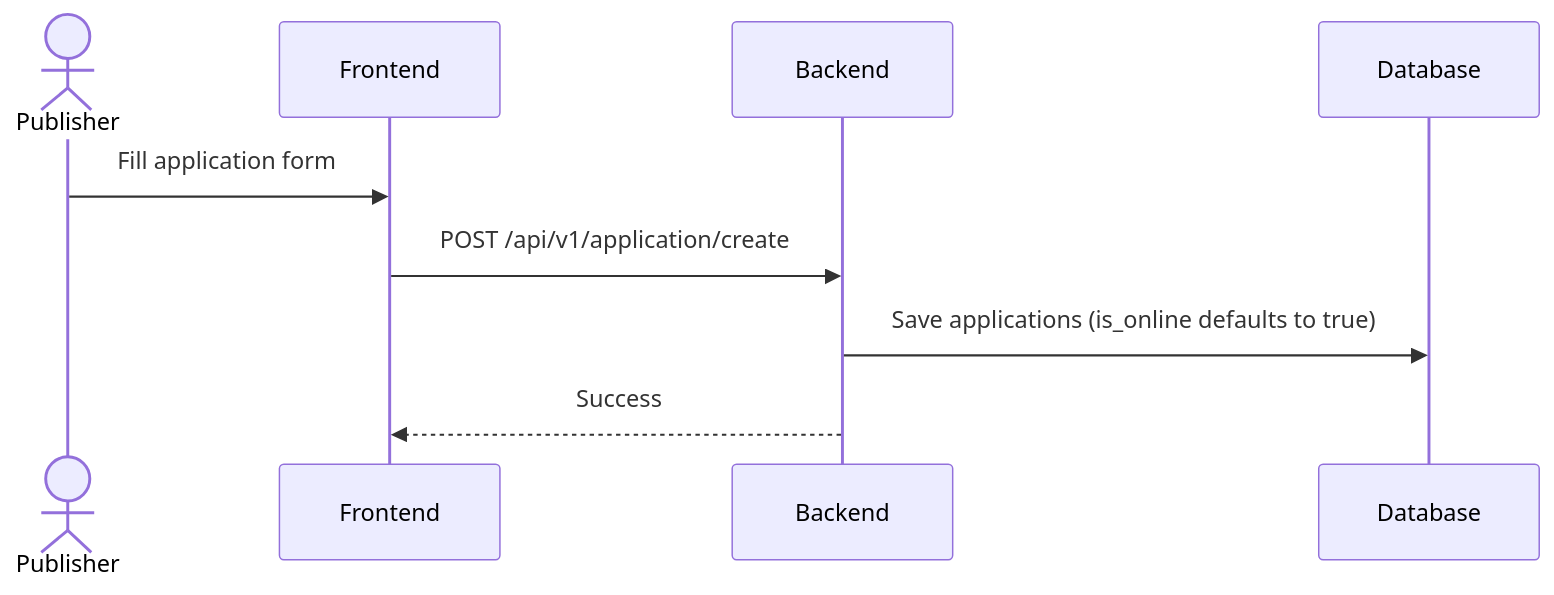
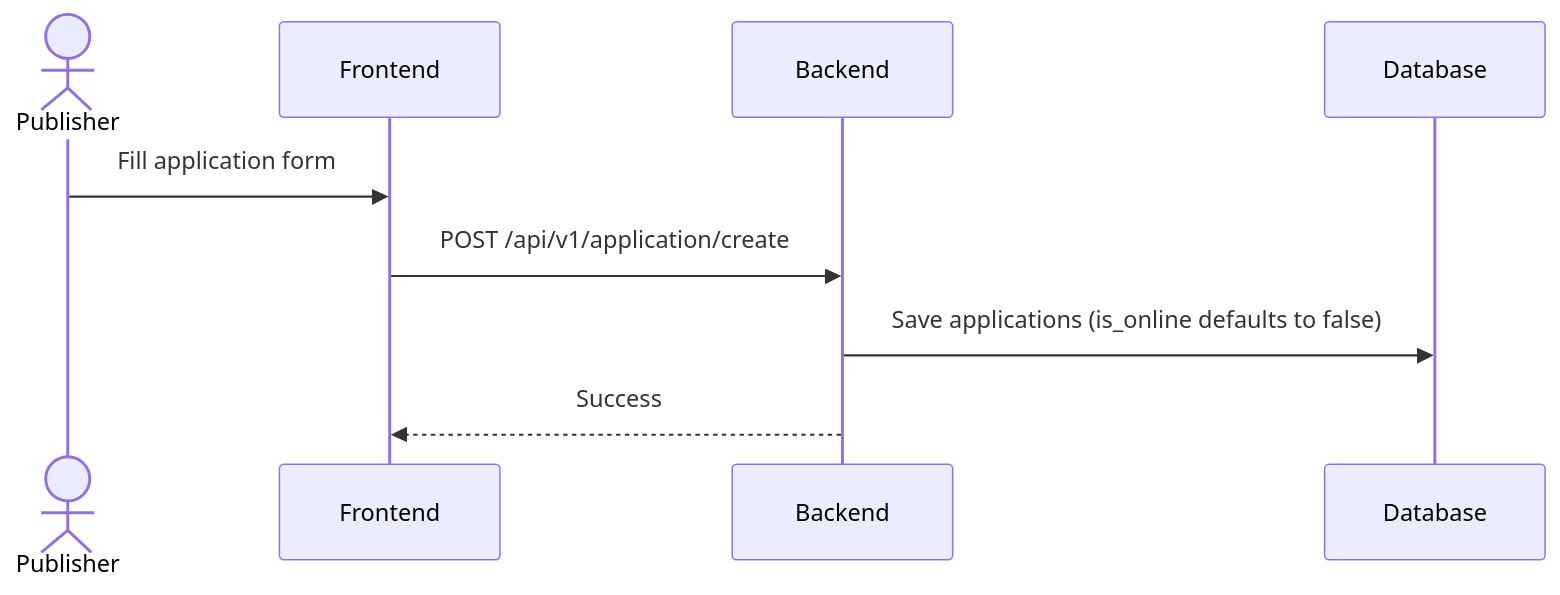
The first of 10 diagrams in docs/en/workflows.md (yeying-community/node), drawn with Mermaid before and after one commit. The commit also changed other lines of this file and 85 other files, not shown here.

````diff
--- a/docs/en/workflows.md
+++ b/docs/en/workflows.md
@@ -6,12 +6,12 @@
 ```mermaid
 sequenceDiagram
   actor U as Publisher
   participant FE as Frontend
   participant BE as Backend
   participant DB as Database
 
   U ->> FE: Fill application form
   FE ->> BE: POST /api/v1/application/create
-  BE ->> DB: Save applications (is_online defaults to true)
+  BE ->> DB: Save applications (is_online defaults to false)
   BE -->> FE: Success
 ```
````
